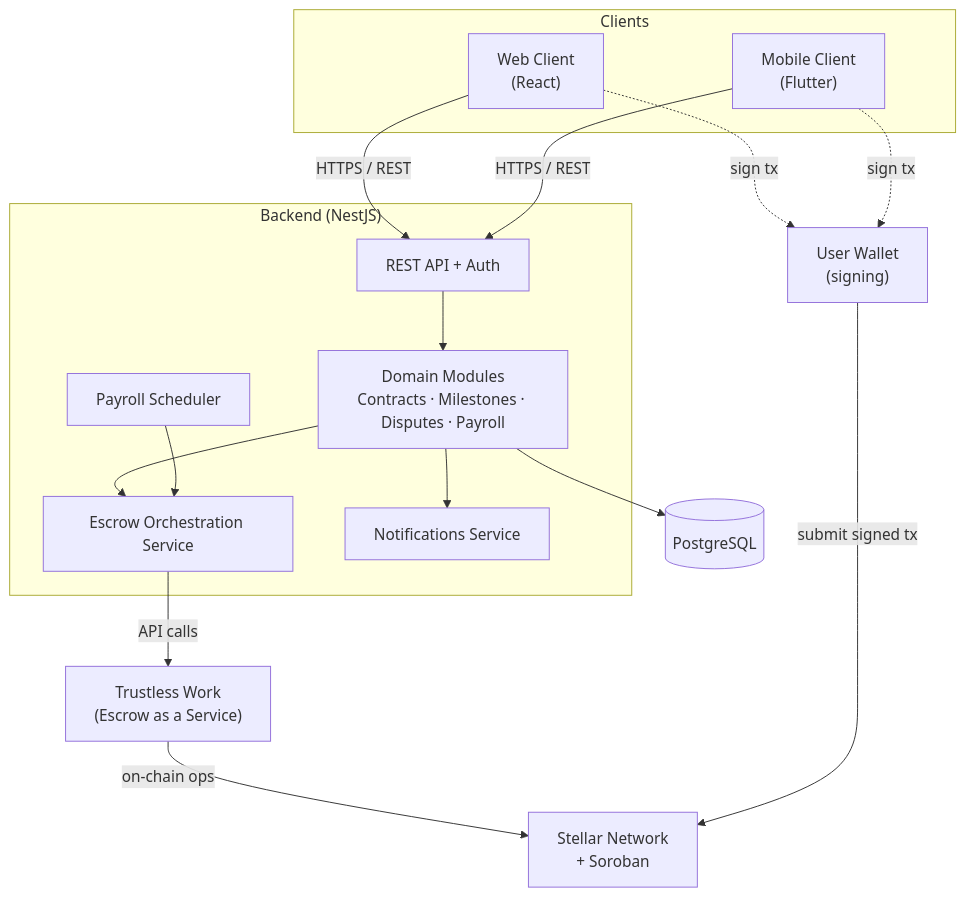
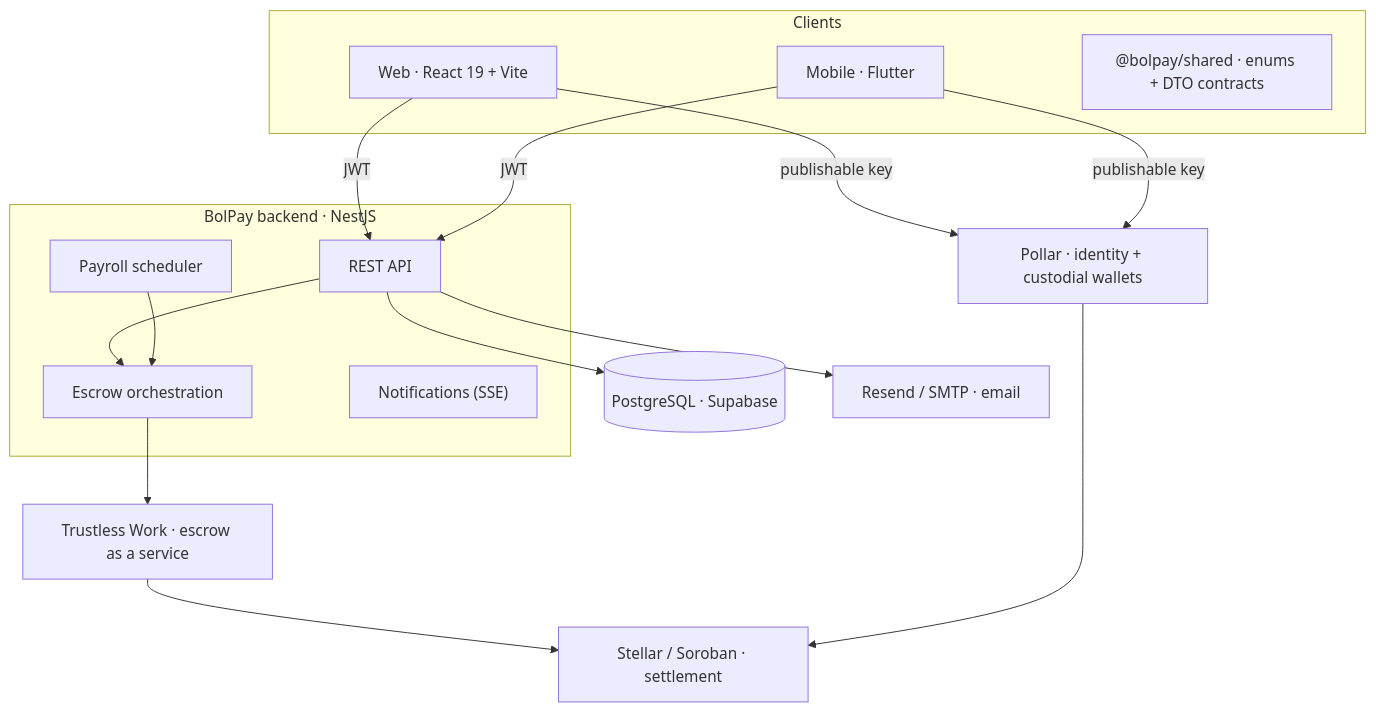
Before and after one commit to diegoveme/BolPay: the first of 7 diagrams in docs/architecture.md, drawn with Mermaid. The commit also changed other lines of this file and 291 other files, not shown here.

````diff
--- a/docs/architecture.md
+++ b/docs/architecture.md
@@ -15,34 +66,33 @@
 ```mermaid
-graph TD
+flowchart TB
     subgraph Clients
-        WEB["Web Client<br/>(React)"]
-        MOB["Mobile Client<br/>(Flutter)"]
+        Web["Web · React 19 + Vite"]
+        Mobile["Mobile · Flutter"]
+        Shared["@bolpay/shared · enums + DTO contracts"]
     end
 
-    subgraph Backend["Backend (NestJS)"]
-        API["REST API + Auth"]
-        DOMAIN["Domain Modules<br/>Contracts · Milestones · Disputes · Payroll"]
-        ESCROWSVC["Escrow Orchestration Service"]
-        SCHED["Payroll Scheduler"]
-        NOTIF["Notifications Service"]
+    subgraph Backend["BolPay backend · NestJS"]
+        API["REST API"]
+        Escrow["Escrow orchestration"]
+        Sched["Payroll scheduler"]
+        Notif["Notifications (SSE)"]
     end
 
-    DB[("PostgreSQL")]
-    TW["Trustless Work<br/>(Escrow as a Service)"]
-    STELLAR["Stellar Network<br/>+ Soroban"]
-    WALLET["User Wallet<br/>(signing)"]
+    DB[("PostgreSQL · Supabase")]
+    Pollar["Pollar · identity + custodial wallets"]
+    TW["Trustless Work · escrow as a service"]
+    Stellar["Stellar / Soroban · settlement"]
+    Mail["Resend / SMTP · email"]
 
-    WEB -->|HTTPS / REST| API
-    MOB -->|HTTPS / REST| API
-    WEB -.->|sign tx| WALLET
-    MOB -.->|sign tx| WALLET
-
-    API --> DOMAIN
-    DOMAIN --> DB
-    DOMAIN --> ESCROWSVC
-    SCHED --> ESCROWSVC
-    DOMAIN --> NOTIF
-    ESCROWSVC -->|API calls| TW
-    TW -->|on-chain ops| STELLAR
-    WALLET -->|submit signed tx| STELLAR
+    Web -->|JWT| API
+    Mobile -->|JWT| API
+    Web -->|publishable key| Pollar
+    Mobile -->|publishable key| Pollar
+    API --> DB
+    API --> Escrow
+    API --> Mail
+    Escrow --> TW
+    TW --> Stellar
+    Pollar --> Stellar
+    Sched --> Escrow
 ```
````
